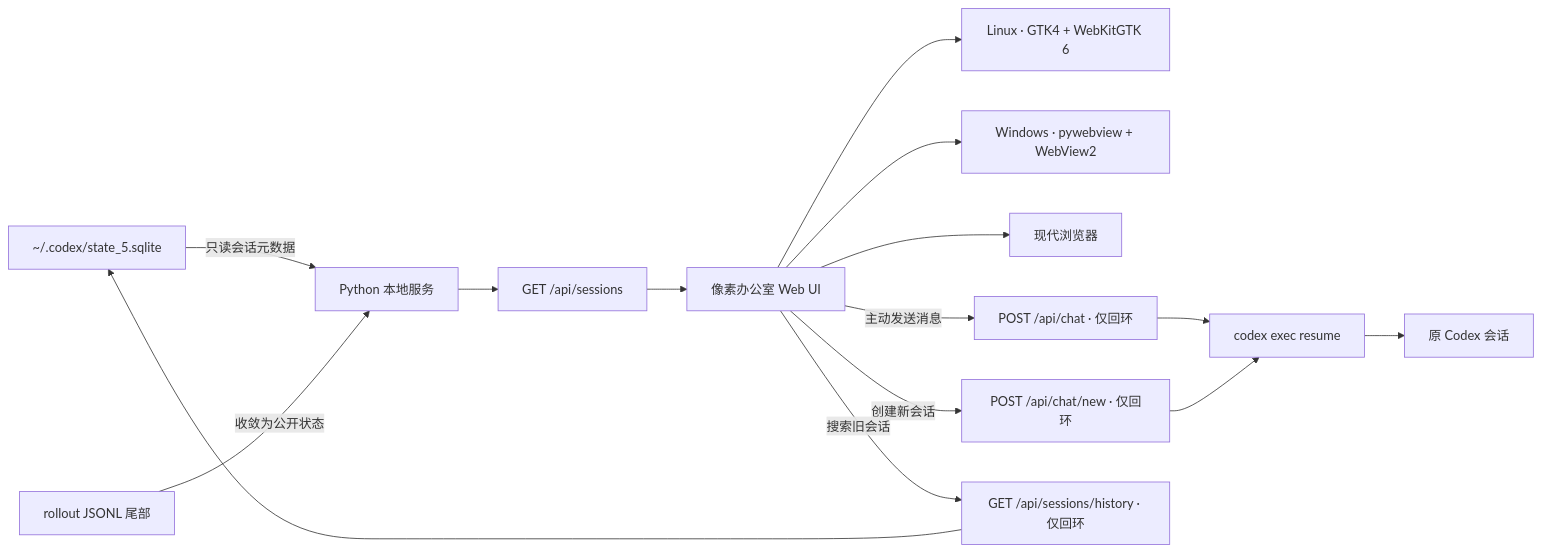
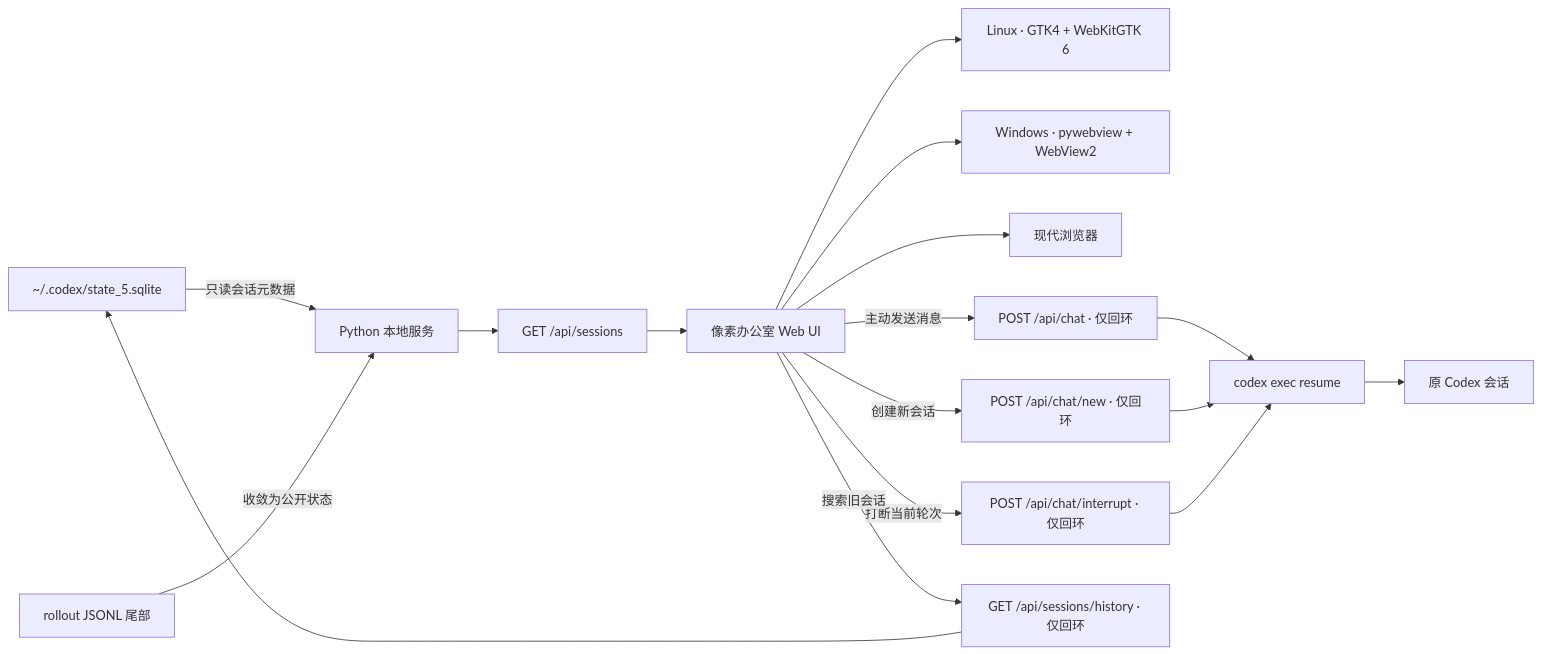
The diagram in README.md (QianmoNai/codex-pixel-office), drawn with Mermaid before and after one commit. The commit also changed other lines of this file and 5 other files, not shown here.

Commit message:
feat: add chat interrupt controls

````diff
--- a/README.md
+++ b/README.md
@@ -209,17 +209,19 @@
 ```mermaid
 flowchart LR
     DB["~/.codex/state_5.sqlite"] -->|只读会话元数据| Service["Python 本地服务"]
     Rollout["rollout JSONL 尾部"] -->|收敛为公开状态| Service
     Service --> Sessions["GET /api/sessions"]
     Sessions --> UI["像素办公室 Web UI"]
     UI --> LinuxDesktop["Linux · GTK4 + WebKitGTK 6"]
     UI --> WindowsDesktop["Windows · pywebview + WebView2"]
     UI --> Browser["现代浏览器"]
     UI -->|主动发送消息| Chat["POST /api/chat · 仅回环"]
     UI -->|创建新会话| NewChat["POST /api/chat/new · 仅回环"]
+    UI -->|打断当前轮次| Interrupt["POST /api/chat/interrupt · 仅回环"]
     UI -->|搜索旧会话| History["GET /api/sessions/history · 仅回环"]
     Chat --> CLI["codex exec resume"]
     NewChat --> CLI
+    Interrupt --> CLI
     History --> DB
     CLI --> Original["原 Codex 会话"]
 ```
````
